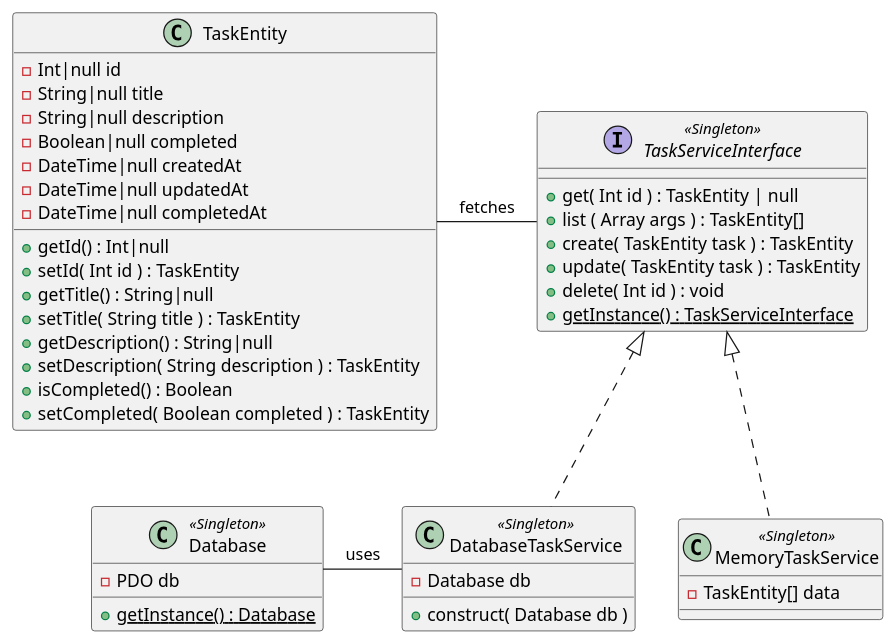
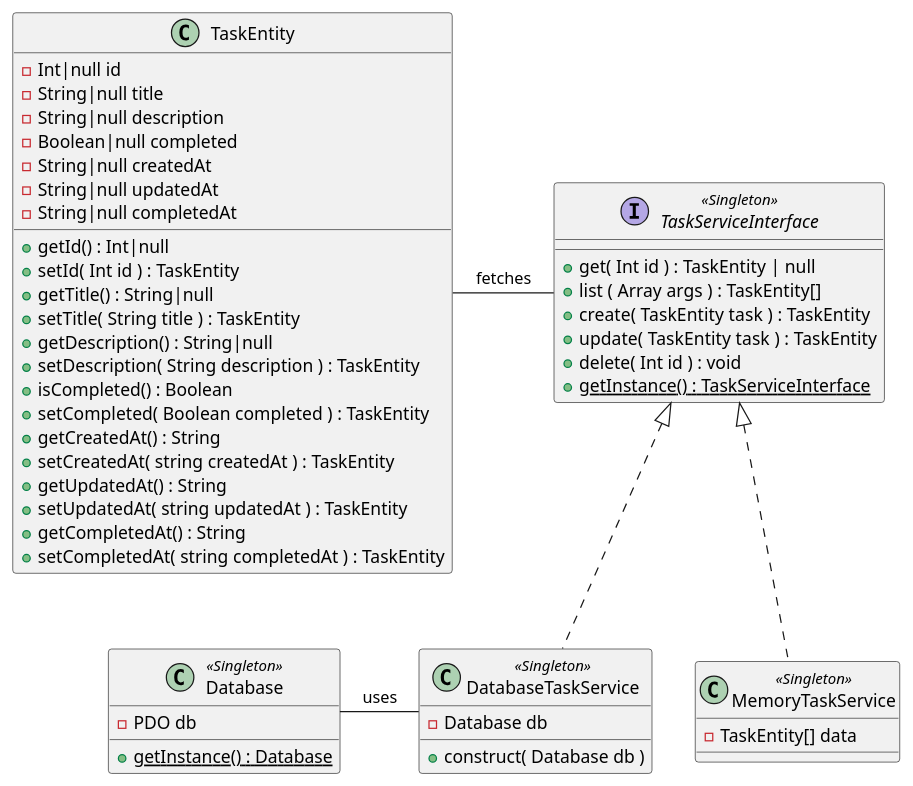
Before and after one commit to ralixt/php-todo-mvc: the diagram in class-diagram.puml, drawn with PlantUML. The commit also changed 2 other files, not shown here.

Commit message:
fix docker et update uml

```diff
--- a/class-diagram.puml
+++ b/class-diagram.puml
@@ -1,51 +1,57 @@
 @startuml
 
 'Entity
 class TaskEntity {
   - Int|null id
   - String|null title
   - String|null description
   - Boolean|null completed
-  - DateTime|null createdAt
-  - DateTime|null updatedAt
-  - DateTime|null completedAt
+  - String|null createdAt
+  - String|null updatedAt
+  - String|null completedAt
   + getId() : Int|null
   + setId( Int id ) : TaskEntity
   + getTitle() : String|null
   + setTitle( String title ) : TaskEntity
   + getDescription() : String|null
   + setDescription( String description ) : TaskEntity
   + isCompleted() : Boolean
   + setCompleted( Boolean completed ) : TaskEntity
+  + getCreatedAt() : String
+  + setCreatedAt( string createdAt ) : TaskEntity
+  + getUpdatedAt() : String
+  + setUpdatedAt( string updatedAt ) : TaskEntity
+  + getCompletedAt() : String
+  + setCompletedAt( string completedAt ) : TaskEntity
 }
 
 'Services
 interface TaskServiceInterface<<Singleton>> {
   + get( Int id ) : TaskEntity | null
   + list ( Array args ) : TaskEntity[]
   + create( TaskEntity task ) : TaskEntity
   + update( TaskEntity task ) : TaskEntity
   + delete( Int id ) : void
   + {static} getInstance() : TaskServiceInterface
 }
 
 class MemoryTaskService<<Singleton>> implements TaskServiceInterface {
   - TaskEntity[] data
 }
 
 class DatabaseTaskService<<Singleton>> implements TaskServiceInterface {
   - Database db
   + construct( Database db )
 }
 
 'Common
 class Database <<Singleton>> {
   - PDO db
   + {static} getInstance() : Database
 }
 
 'Relations
 TaskEntity -right- TaskServiceInterface : fetches
 DatabaseTaskService -left- Database : uses
 
 @enduml
```
